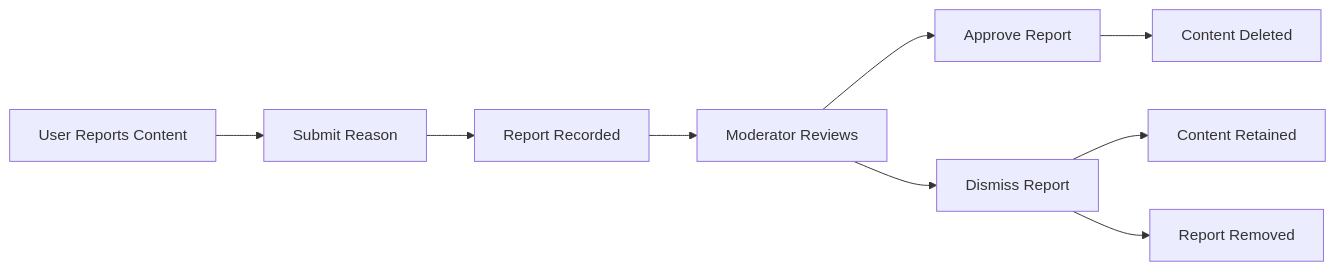
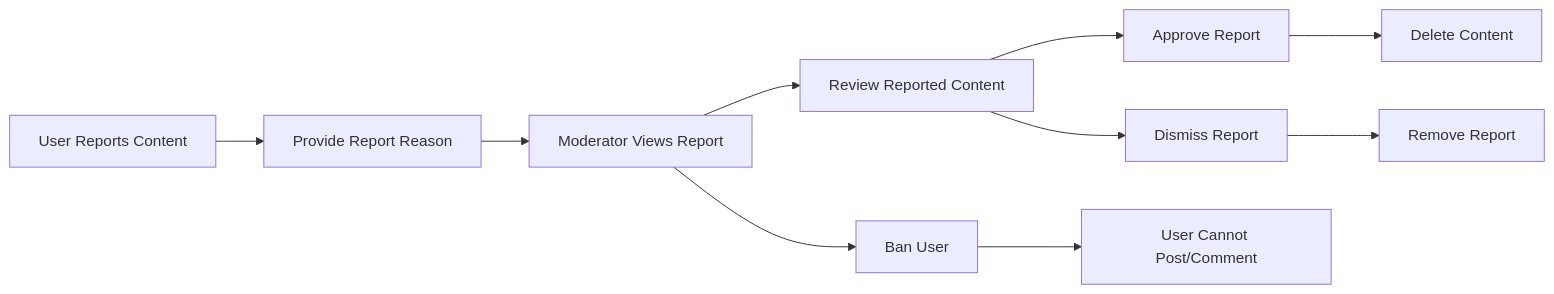
The fourth of 4 diagrams in qwen/qwen3.5-397b-a17b/reddit/docs/analysis/03-functional-requirements.md (wrtnlabs/autobe-examples), drawn with Mermaid before and after one commit. The commit also changed other lines of this file and 32093 other files, not shown here.

````diff
--- a/qwen/qwen3.5-397b-a17b/reddit/docs/analysis/03-functional-requirements.md
+++ b/qwen/qwen3.5-397b-a17b/reddit/docs/analysis/03-functional-requirements.md
@@ -700,11 +836,12 @@
 ```mermaid
 flowchart LR
-    A["User Reports Content"] --> B["Submit Reason"]
-    B --> C["Report Recorded"]
-    C --> D["Moderator Reviews"]
+    A["User Reports Content"] --> B["Provide Report Reason"]
+    B --> C["Moderator Views Report"]
+    C --> D["Review Reported Content"]
     D --> E["Approve Report"]
     D --> F["Dismiss Report"]
-    E --> G["Content Deleted"]
-    F --> H["Content Retained"]
-    F --> I["Report Removed"]
+    E --> G["Delete Content"]
+    F --> H["Remove Report"]
+    C --> I["Ban User"]
+    I --> J["User Cannot Post/Comment"]
 ```
````
